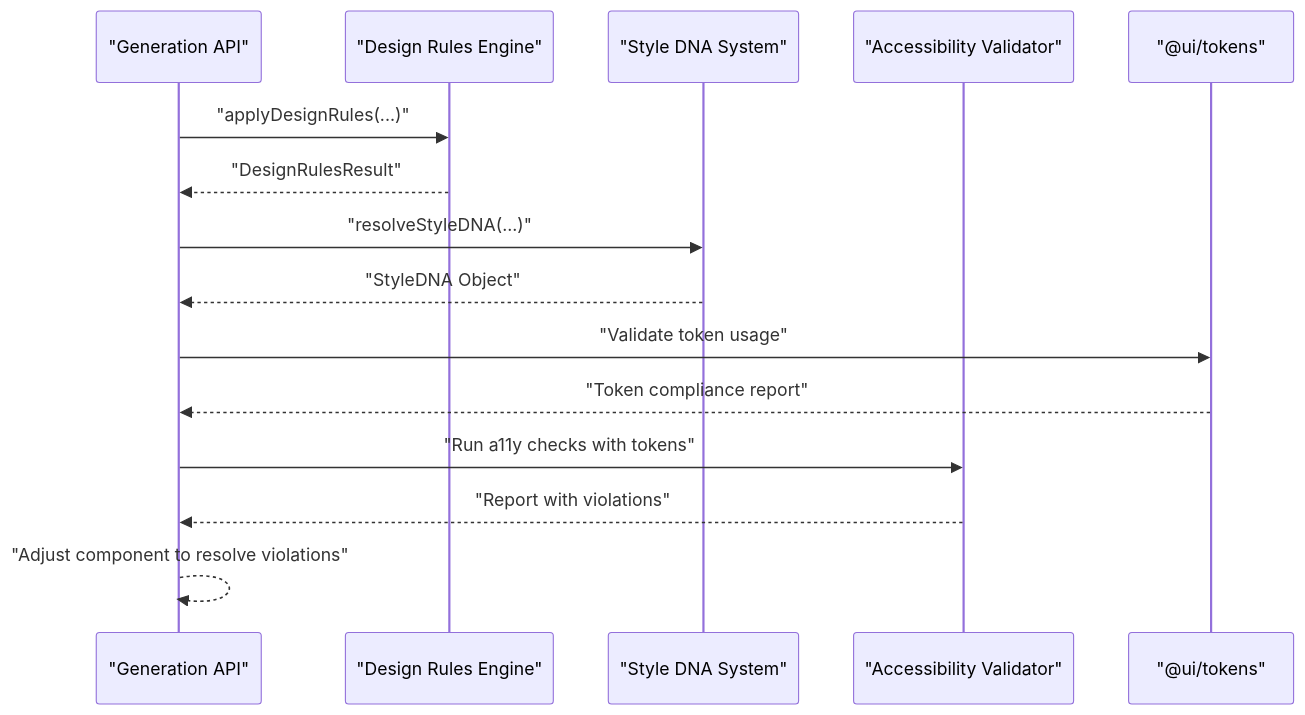
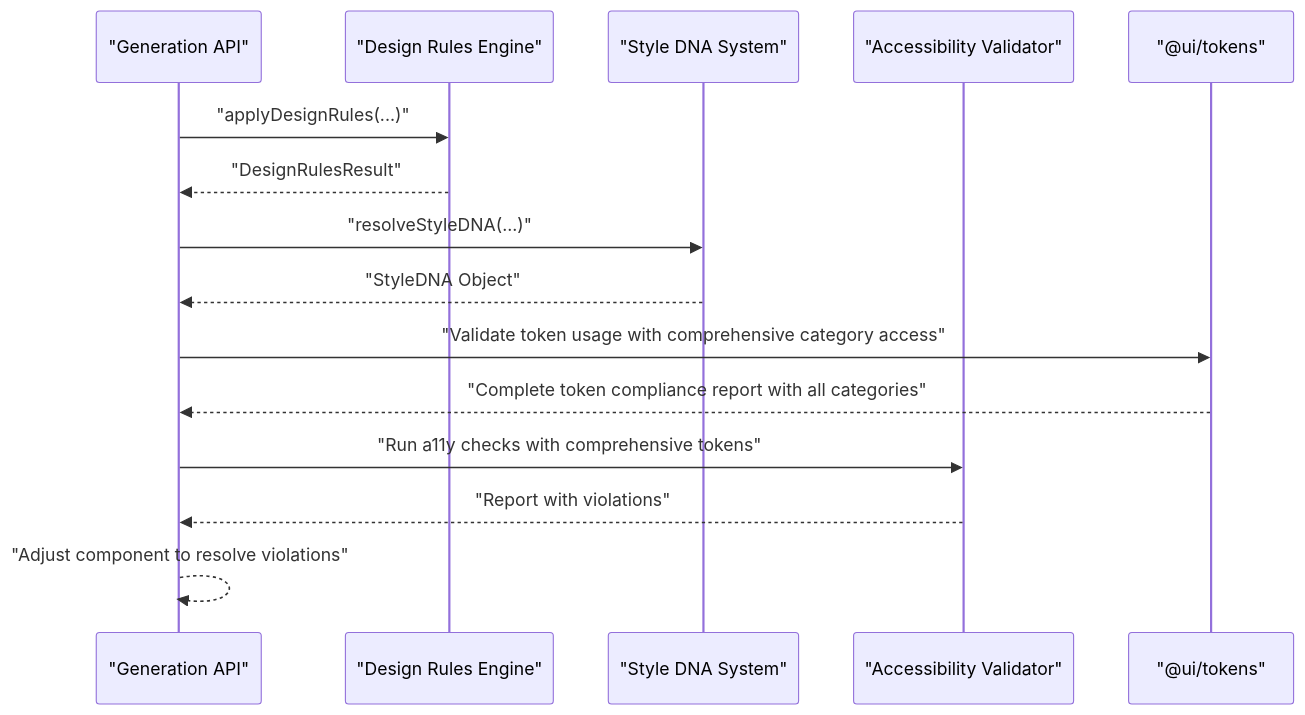
The seventh of 9 diagrams in .qoder/repowiki/en/content/UI Component System/Design System Integration.md (shekhargiri005-dotcom/AI-powered-accessibility-first-UI-engine), drawn with Mermaid before and after one commit. The commit also changed other lines of this file and 24 other files, not shown here.

````diff
--- a/.qoder/repowiki/en/content/UI Component System/Design System Integration.md
+++ b/.qoder/repowiki/en/content/UI Component System/Design System Integration.md
@@ -590,17 +602,17 @@
 ```mermaid
 sequenceDiagram
 participant Gen as "Generation API"
 participant DR as "Design Rules Engine"
 participant SDNA as "Style DNA System"
 participant AXE as "Accessibility Validator"
 participant Tokens as "@ui/tokens"
 Gen->>DR : "applyDesignRules(...)"
 DR-->>Gen : "DesignRulesResult"
 Gen->>SDNA : "resolveStyleDNA(...)"
 SDNA-->>Gen : "StyleDNA Object"
-Gen->>Tokens : "Validate token usage"
-Tokens-->>Gen : "Token compliance report"
-Gen->>AXE : "Run a11y checks with tokens"
+Gen->>Tokens : "Validate token usage with comprehensive category access"
+Tokens-->>Gen : "Complete token compliance report with all categories"
+Gen->>AXE : "Run a11y checks with comprehensive tokens"
 AXE-->>Gen : "Report with violations"
 Gen-->>Gen : "Adjust component to resolve violations"
 ```
````
